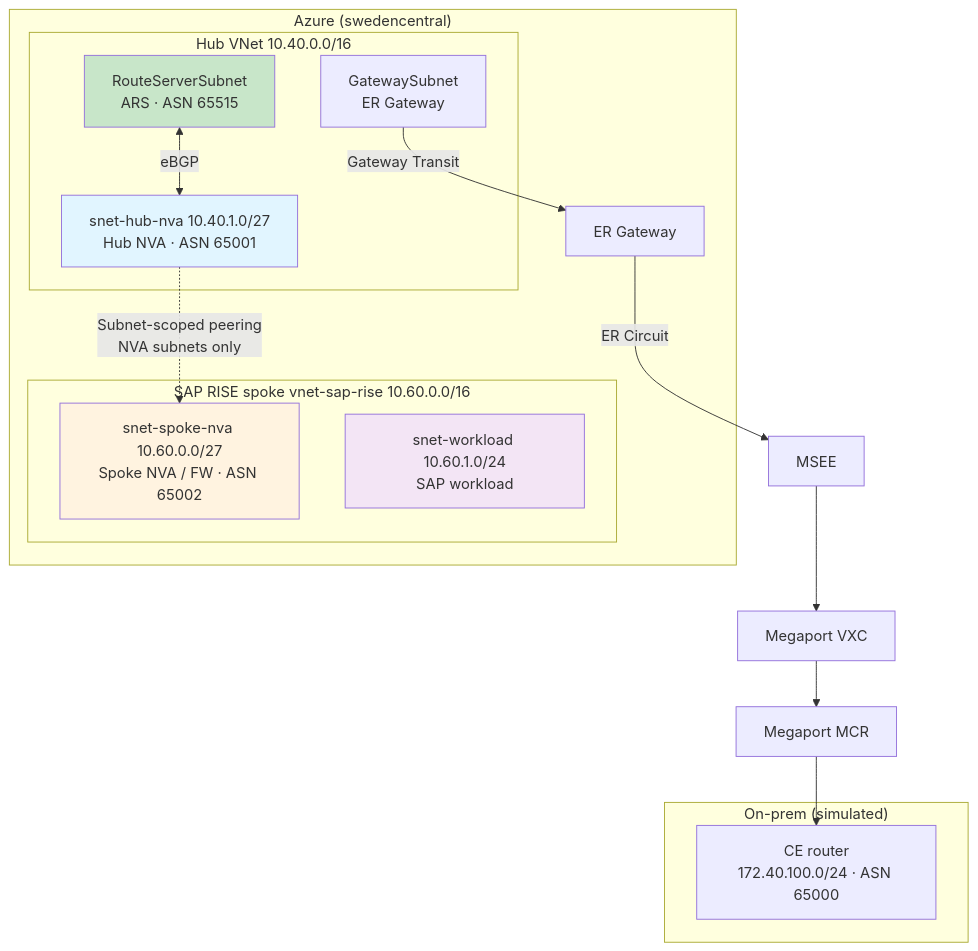
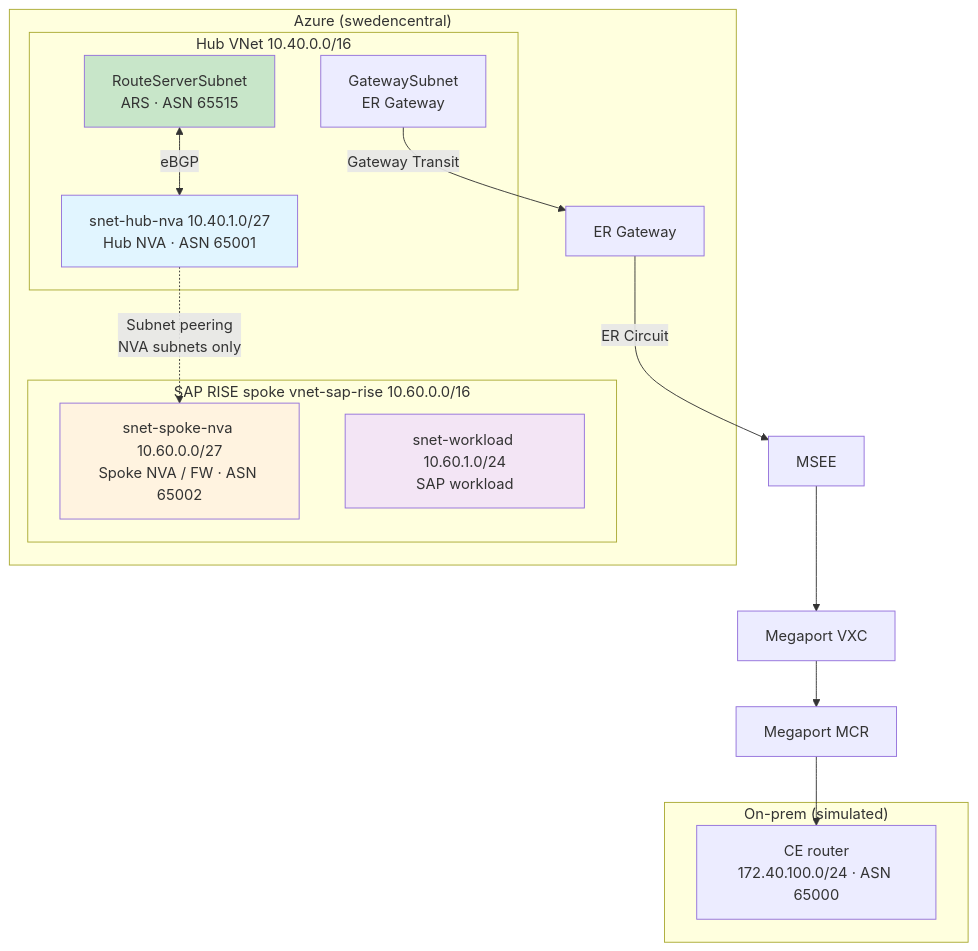
One commit to erjosito/azure-networking-blog changed the first of 2 diagrams in 2026-09-sap-rise-scoped-peering-fwaas/README.md. Above: the diagram before and after it, drawn with Mermaid. The commit also changed other lines of this file, not shown here.

First line of the commit message:
sap-rise post: use 'subnet peering' terminology, remove em-dashes

````diff
--- a/2026-09-sap-rise-scoped-peering-fwaas/README.md
+++ b/2026-09-sap-rise-scoped-peering-fwaas/README.md
@@ -24,31 +24,31 @@
 ```mermaid
 graph TB
     subgraph Azure["Azure (swedencentral)"]
         subgraph HubVNet["Hub VNet 10.40.0.0/16"]
             GW["GatewaySubnet<br/>ER Gateway"]
             RS["RouteServerSubnet<br/>ARS · ASN 65515"]
             HubNVA["snet-hub-nva 10.40.1.0/27<br/>Hub NVA · ASN 65001"]
         end
 
         subgraph SpokeVNet["SAP RISE spoke vnet-sap-rise 10.60.0.0/16"]
             SpokeNVA["snet-spoke-nva 10.60.0.0/27<br/>Spoke NVA / FW · ASN 65002"]
             Workload["snet-workload 10.60.1.0/24<br/>SAP workload"]
         end
 
         RS <-->|eBGP| HubNVA
         GW -->|Gateway Transit| ErGw["ER Gateway"]
     end
 
     subgraph OnPrem["On-prem (simulated)"]
         CE["CE router<br/>172.40.100.0/24 · ASN 65000"]
     end
 
     ErGw -->|ER Circuit| MSEE["MSEE"] --> VXC["Megaport VXC"] --> MCR["Megaport MCR"] --> CE
 
-    HubNVA -.->|Subnet-scoped peering<br/>NVA subnets only| SpokeNVA
+    HubNVA -.->|Subnet peering<br/>NVA subnets only| SpokeNVA
 
     style HubNVA fill:#e1f5ff
     style SpokeNVA fill:#fff3e0
     style Workload fill:#f3e5f5
     style RS fill:#c8e6c9
 ```
````
